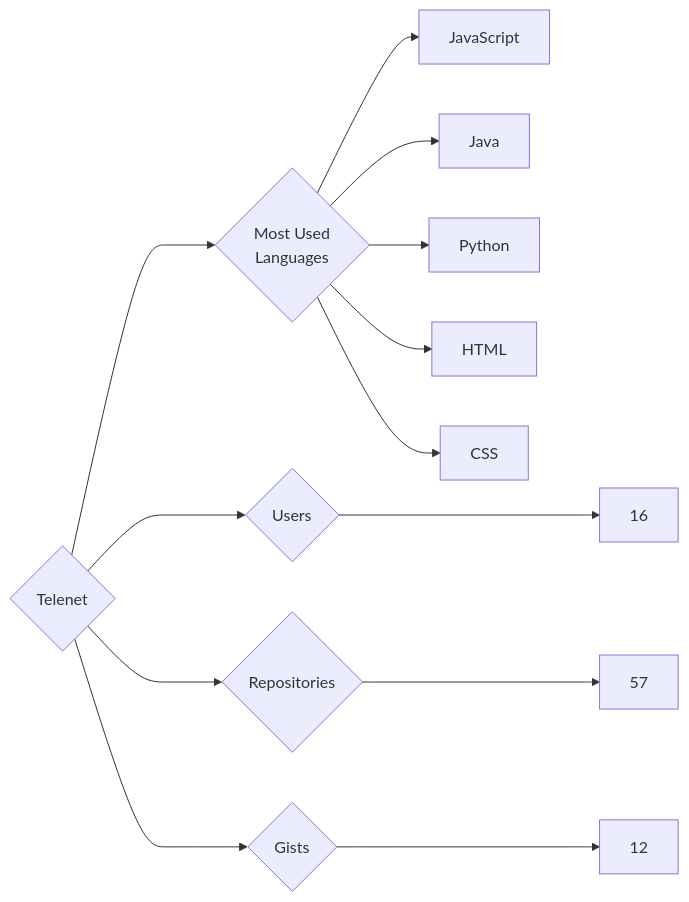
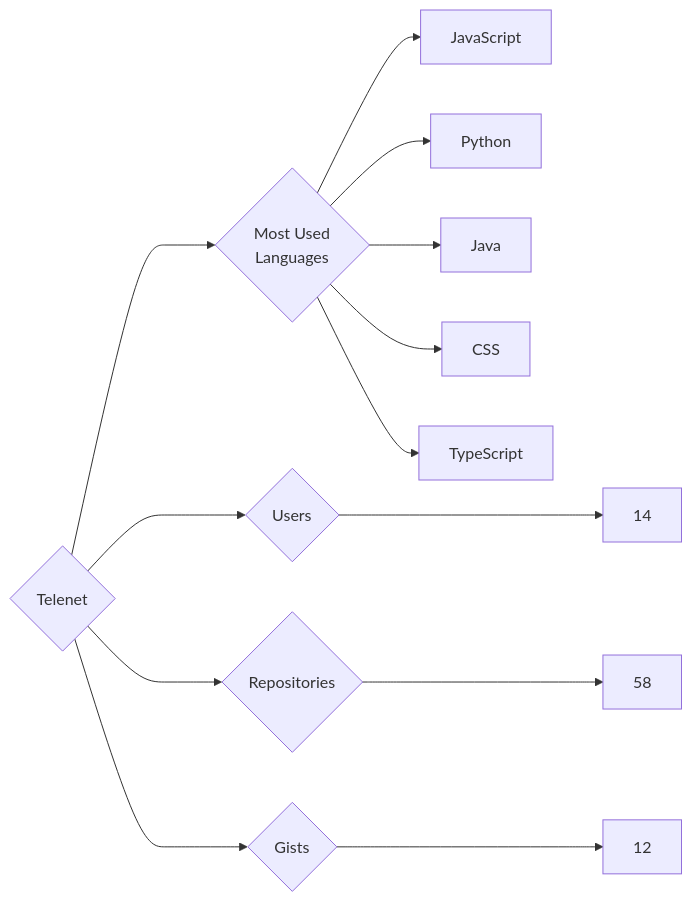
One commit to trickest/insiders changed the diagram in targets/Telenet/README.md. Above: the diagram before and after it, drawn with Mermaid. The commit also changed 895 other files, not shown here.

````diff
--- a/targets/Telenet/README.md
+++ b/targets/Telenet/README.md
@@ -3,13 +3,13 @@
 ```mermaid
 graph LR
 COMPANY_NAME{Telenet}
-COMPANY_NAME ---> U{Users} ---> UN[16]
-COMPANY_NAME ---> R{Repositories} ---> RN[57]
+COMPANY_NAME ---> U{Users} ---> UN[14]
+COMPANY_NAME ---> R{Repositories} ---> RN[58]
 COMPANY_NAME ---> G{Gists} ---> GN[12]
 COMPANY_NAME ---> ML{Most Used<br>Languages}
 ML --> JavaScript[JavaScript]
+ML --> Python[Python]
 ML --> Java[Java]
-ML --> Python[Python]
-ML --> HTML[HTML]
 ML --> CSS[CSS]
+ML --> TypeScript[TypeScript]
 ```
````
